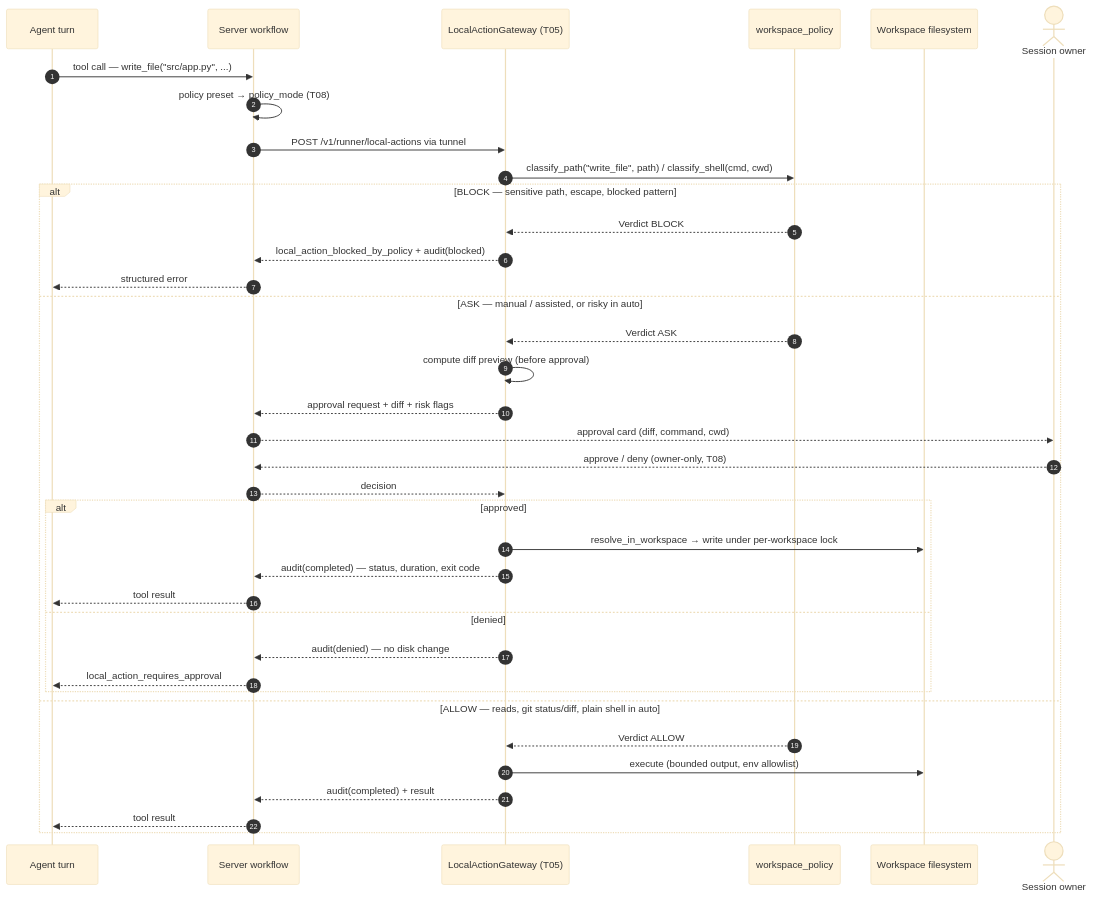
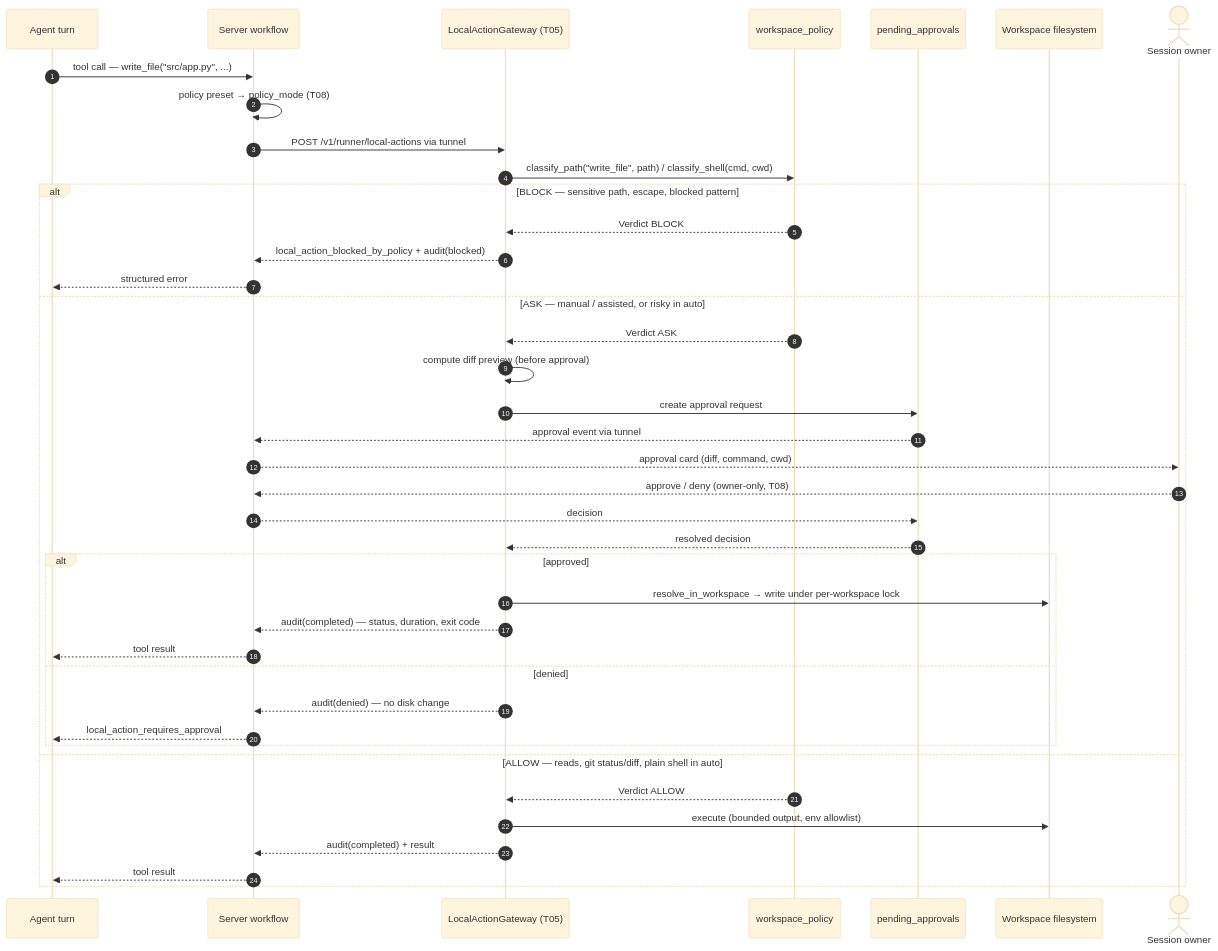
Before and after one commit to drunkod/omnigent: the third of 5 diagrams in docs/mvp-remote-runner-mirroring/06-architecture-diagrams.md, drawn with Mermaid (base theme). The commit also changed other lines of this file and 3 other files, not shown here.

Commit message:
Clarify remote runner mirroring flows

````diff
--- a/docs/mvp-remote-runner-mirroring/06-architecture-diagrams.md
+++ b/docs/mvp-remote-runner-mirroring/06-architecture-diagrams.md
@@ -133,41 +139,44 @@
 ```mermaid
 sequenceDiagram
     autonumber
     participant AG as Agent turn
     participant SRV as Server workflow
     participant GW as LocalActionGateway (T05)
     participant WP as workspace_policy
+    participant PA as pending_approvals
     participant FS as Workspace filesystem
     actor Own as Session owner
 
     AG->>SRV: tool call — write_file("src/app.py", ...)
     SRV->>SRV: policy preset → policy_mode (T08)
     SRV->>GW: POST /v1/runner/local-actions via tunnel
     GW->>WP: classify_path("write_file", path) / classify_shell(cmd, cwd)
 
     alt BLOCK — sensitive path, escape, blocked pattern
         WP-->>GW: Verdict BLOCK
         GW-->>SRV: local_action_blocked_by_policy + audit(blocked)
         SRV-->>AG: structured error
     else ASK — manual / assisted, or risky in auto
         WP-->>GW: Verdict ASK
         GW->>GW: compute diff preview (before approval)
-        GW-->>SRV: approval request + diff + risk flags
+        GW->>PA: create approval request
+        PA-->>SRV: approval event via tunnel
         SRV-->>Own: approval card (diff, command, cwd)
         Own-->>SRV: approve / deny (owner-only, T08)
-        SRV-->>GW: decision
+        SRV-->>PA: decision
+        PA-->>GW: resolved decision
         alt approved
             GW->>FS: resolve_in_workspace → write under per-workspace lock
             GW-->>SRV: audit(completed) — status, duration, exit code
             SRV-->>AG: tool result
         else denied
             GW-->>SRV: audit(denied) — no disk change
             SRV-->>AG: local_action_requires_approval
         end
     else ALLOW — reads, git status/diff, plain shell in auto
         WP-->>GW: Verdict ALLOW
         GW->>FS: execute (bounded output, env allowlist)
         GW-->>SRV: audit(completed) + result
         SRV-->>AG: tool result
     end
 ```
````
